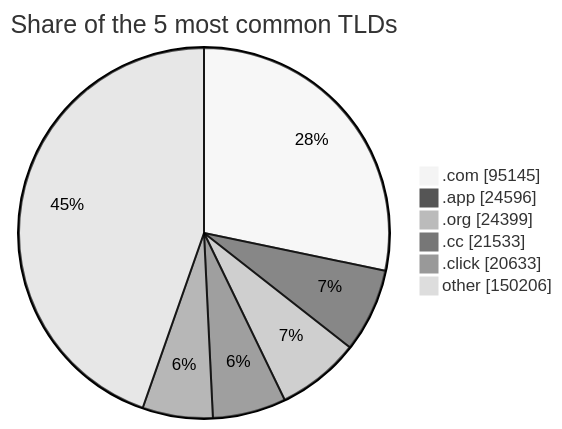
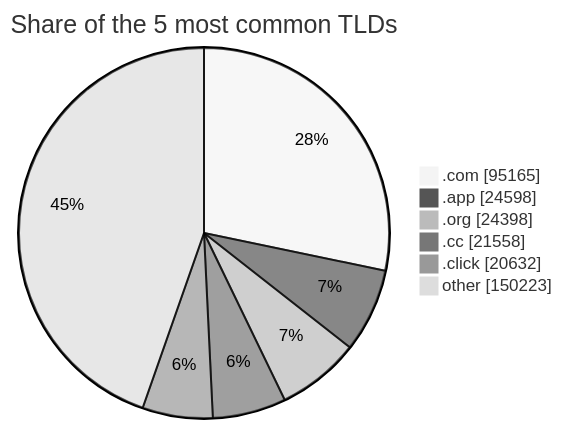
The third of 3 diagrams in README.md (DNSBunker/CTI), drawn with Mermaid (neutral theme) before and after one commit. The commit also changed other lines of this file and 4 other files, not shown here.

````diff
--- a/README.md
+++ b/README.md
@@ -81,9 +81,9 @@
 ```mermaid
 pie showData title Share of the 5 most common TLDs
-    ".com" : 95145
-    ".app" : 24596
-    ".org" : 24399
-    ".cc" : 21533
-    ".click" : 20633
-    "other" : 150206
+    ".com" : 95165
+    ".app" : 24598
+    ".org" : 24398
+    ".cc" : 21558
+    ".click" : 20632
+    "other" : 150223
 ```
````
